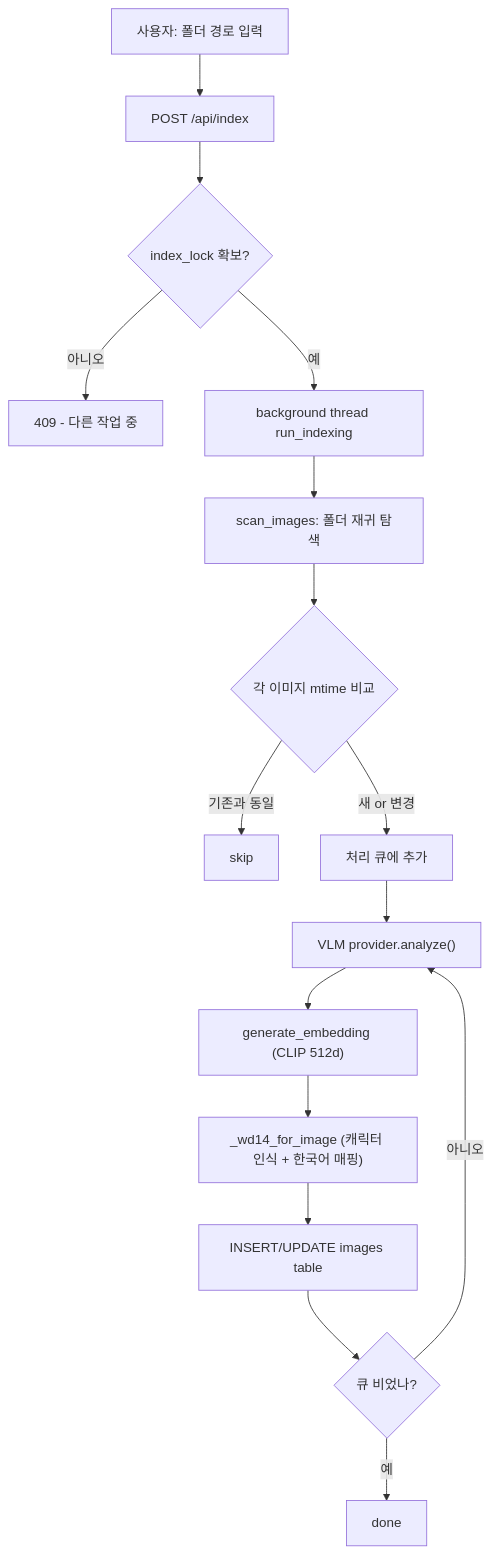
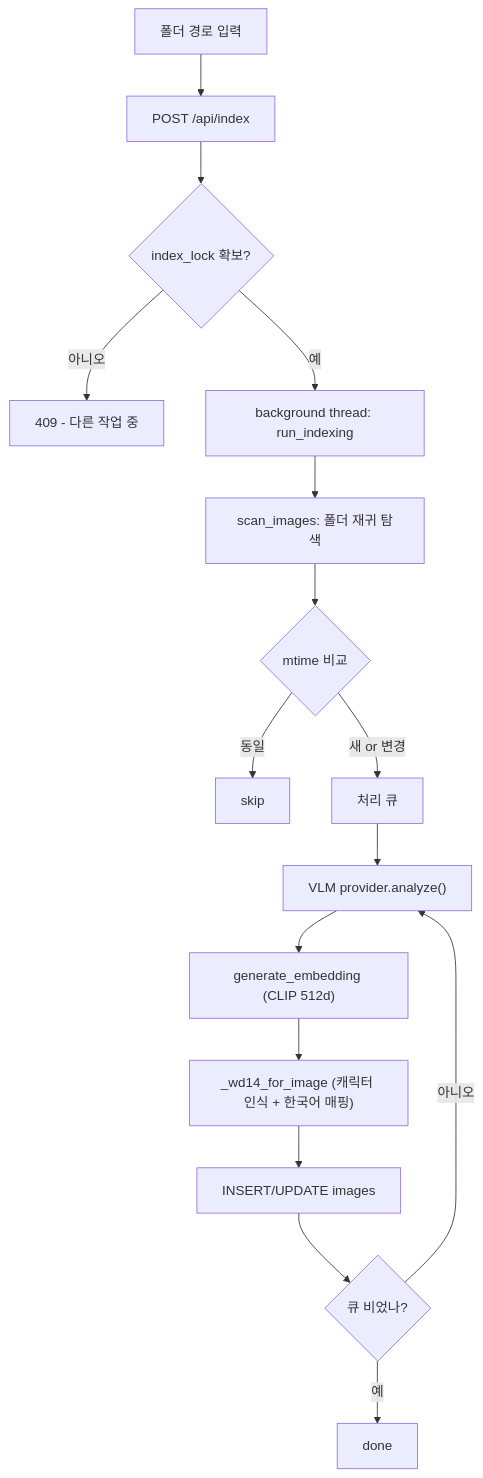
Before and after one commit to vanillapapaya/Taggu: the diagram in README.md, drawn with Mermaid. The commit also changed other lines of this file and 25 other files, not shown here.

````diff
--- a/README.md
+++ b/README.md
@@ -202,18 +117,18 @@
 ```mermaid
 flowchart TD
-    A["사용자: 폴더 경로 입력"] --> B["POST /api/index"]
+    A["폴더 경로 입력"] --> B["POST /api/index"]
     B --> C{"index_lock 확보?"}
     C -->|아니오| D["409 - 다른 작업 중"]
-    C -->|예| E["background thread run_indexing"]
+    C -->|예| E["background thread: run_indexing"]
     E --> F["scan_images: 폴더 재귀 탐색"]
-    F --> G{"각 이미지 mtime 비교"}
-    G -->|기존과 동일| H[skip]
-    G -->|새 or 변경| I["처리 큐에 추가"]
+    F --> G{"mtime 비교"}
+    G -->|동일| H["skip"]
+    G -->|새 or 변경| I["처리 큐"]
     I --> J["VLM provider.analyze()"]
     J --> K["generate_embedding (CLIP 512d)"]
     K --> L["_wd14_for_image (캐릭터 인식 + 한국어 매핑)"]
-    L --> M["INSERT/UPDATE images table"]
+    L --> M["INSERT/UPDATE images"]
     M --> N{"큐 비었나?"}
     N -->|아니오| J
-    N -->|예| O[done]
+    N -->|예| O["done"]
 ```
````
